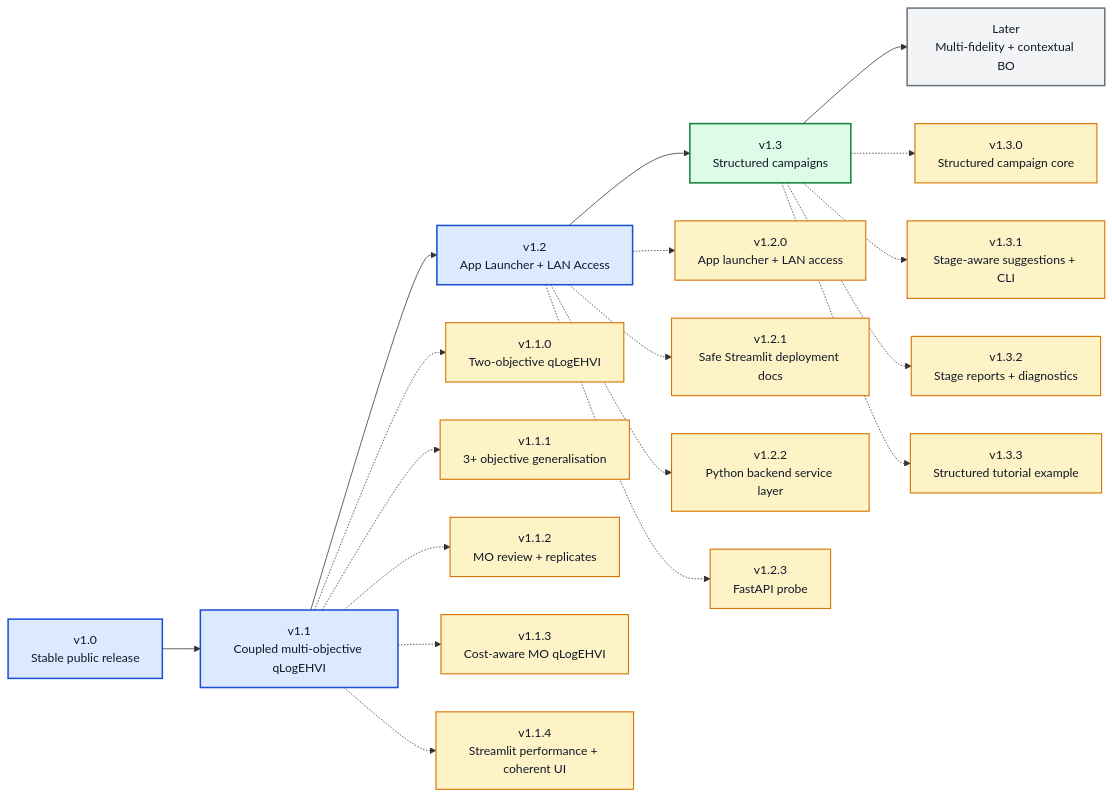
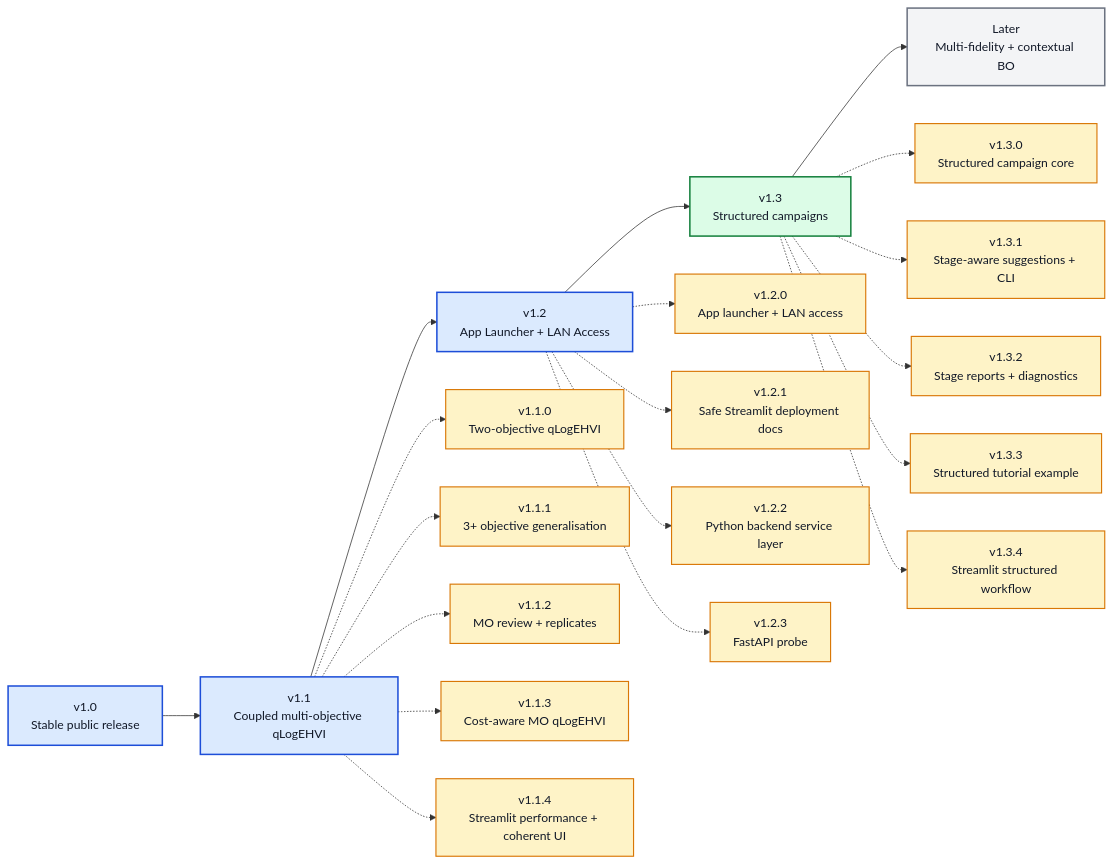
One commit to angzeli/bo-forge changed the diagram in ROADMAP_V1_X.md. Above: the diagram before and after it, drawn with Mermaid. The commit also changed other lines of this file and 25 other files, not shown here.

Commit message:
v1.3.4 update: Add support for streamlit workflow

````diff
--- a/ROADMAP_V1_X.md
+++ b/ROADMAP_V1_X.md
@@ -7,42 +7,44 @@
 ```mermaid
 flowchart LR
     v10["v1.0<br/>Stable public release"] --> v11["v1.1<br/>Coupled multi-objective qLogEHVI"] --> v12["v1.2<br/>App Launcher + LAN Access"] --> v13["v1.3<br/>Structured campaigns"] --> later["Later<br/>Multi-fidelity + contextual BO"]
 
     v110["v1.1.0<br/>Two-objective qLogEHVI"]
     v111["v1.1.1<br/>3+ objective generalisation"]
     v112["v1.1.2<br/>MO review + replicates"]
     v113["v1.1.3<br/>Cost-aware MO qLogEHVI"]
     v114["v1.1.4<br/>Streamlit performance + coherent UI"]
     v120["v1.2.0<br/>App launcher + LAN access"]
     v121["v1.2.1<br/>Safe Streamlit deployment docs"]
     v122["v1.2.2<br/>Python backend service layer"]
     v123["v1.2.3<br/>FastAPI probe"]
     v130["v1.3.0<br/>Structured campaign core"]
     v131["v1.3.1<br/>Stage-aware suggestions + CLI"]
     v132["v1.3.2<br/>Stage reports + diagnostics"]
     v133["v1.3.3<br/>Structured tutorial example"]
+    v134["v1.3.4<br/>Streamlit structured workflow"]
     
     v11 -.-> v110
     v11 -.-> v111
     v11 -.-> v112
     v11 -.-> v113
     v11 -.-> v114
     v12 -.-> v120
     v12 -.-> v121
     v12 -.-> v122
     v12 -.-> v123
     v13 -.-> v130
     v13 -.-> v131
     v13 -.-> v132
     v13 -.-> v133
+    v13 -.-> v134
 
     class v10,v11,v12 majorDone
     class v13 majorActive
     class later majorFuture
-    class v110,v111,v112,v113,v114,v120,v121,v122,v123,v130,v131,v132,v133 patchDone
+    class v110,v111,v112,v113,v114,v120,v121,v122,v123,v130,v131,v132,v133,v134 patchDone
 
     classDef majorDone fill:#dbeafe,stroke:#1d4ed8,stroke-width:2px,color:#111827;
     classDef majorActive fill:#dcfce7,stroke:#15803d,stroke-width:2px,color:#111827;
     classDef majorFuture fill:#f3f4f6,stroke:#6b7280,stroke-width:2px,color:#111827;
     classDef patchDone fill:#fef3c7,stroke:#d97706,stroke-width:1.5px,color:#111827;
 ```
````
